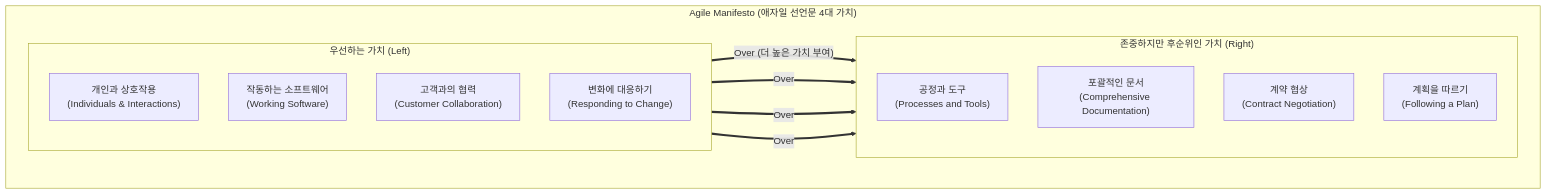
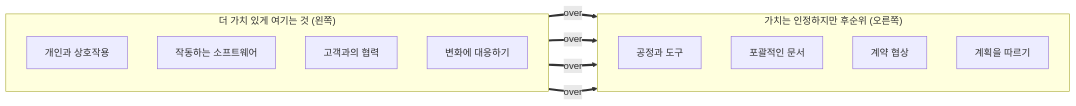
One commit to supremethumb/supremethumb.github.io changed the diagram in content/01_IT Tech/애자일 선언문.md. Above: the diagram before and after it, drawn with Mermaid. The commit also changed other lines of this file and 1087 other files, not shown here.

````diff
--- a/content/01_IT Tech/애자일 선언문.md
+++ b/content/01_IT Tech/애자일 선언문.md
@@ -27,28 +37,21 @@
 ```mermaid
 flowchart LR
-    subgraph Agile_Manifesto ["Agile Manifesto (애자일 선언문 4대 가치)"]
-        direction LR
-        
-        subgraph Left_Value ["우선하는 가치 (Left)"]
-            direction TB
-            V1_L["개인과 상호작용<br/>(Individuals & Interactions)"]
-            V2_L["작동하는 소프트웨어<br/>(Working Software)"]
-            V3_L["고객과의 협력<br/>(Customer Collaboration)"]
-            V4_L["변화에 대응하기<br/>(Responding to Change)"]
-        end
-
-        subgraph Right_Value ["존중하지만 후순위인 가치 (Right)"]
-            direction TB
-            V1_R["공정과 도구<br/>(Processes and Tools)"]
-            V2_R["포괄적인 문서<br/>(Comprehensive Documentation)"]
-            V3_R["계약 협상<br/>(Contract Negotiation)"]
-            V4_R["계획을 따르기<br/>(Following a Plan)"]
-        end
-
-        V1_L ==>|"Over (더 높은 가치 부여)"| V1_R
-        V2_L ==>|"Over"| V2_R
-        V3_L ==>|"Over"| V3_R
-        V4_L ==>|"Over"| V4_R
+    subgraph L["더 가치 있게 여기는 것 (왼쪽)"]
+        direction TB
+        V1["개인과 상호작용"]
+        V2["작동하는 소프트웨어"]
+        V3["고객과의 협력"]
+        V4["변화에 대응하기"]
     end
-
+    subgraph R["가치는 인정하지만 후순위 (오른쪽)"]
+        direction TB
+        R1["공정과 도구"]
+        R2["포괄적인 문서"]
+        R3["계약 협상"]
+        R4["계획을 따르기"]
+    end
+    V1 ==>|"over"| R1
+    V2 ==>|"over"| R2
+    V3 ==>|"over"| R3
+    V4 ==>|"over"| R4
 ```
````
